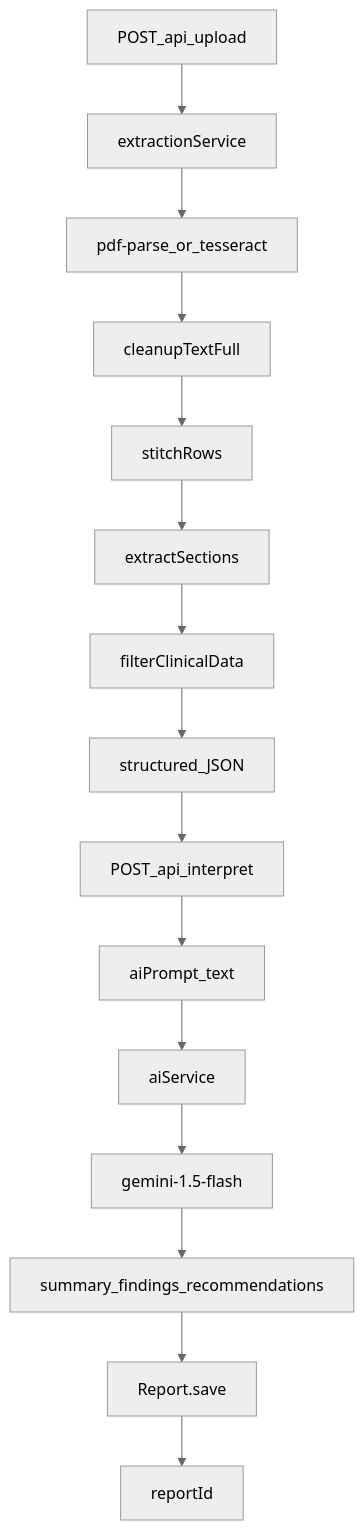
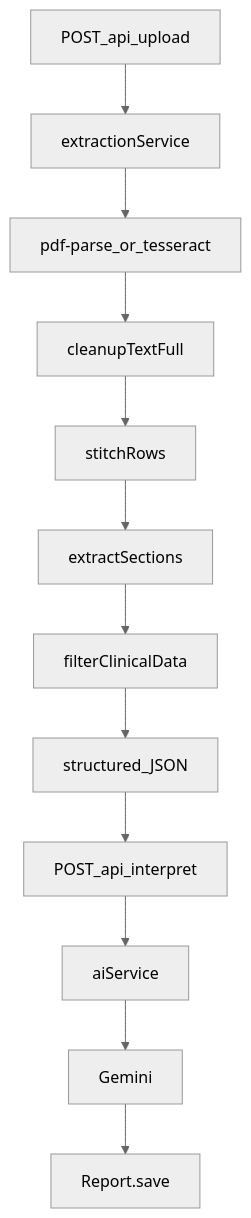
One commit to igaryanthakur/HealthLens changed the second of 2 diagrams in PROJECT_CONTEXT.md. Above: the diagram before and after it, drawn with Mermaid (neutral theme). The commit also changed other lines of this file and 35 other files, not shown here.

````diff
--- a/PROJECT_CONTEXT.md
+++ b/PROJECT_CONTEXT.md
@@ -87,17 +126,14 @@
 ```mermaid
 flowchart TD
   upload[POST_api_upload] --> extract[extractionService]
   extract --> pdf[pdf-parse_or_tesseract]
   pdf --> cleanup[cleanupTextFull]
   cleanup --> stitch[stitchRows]
   stitch --> sections[extractSections]
   sections --> filter[filterClinicalData]
   filter --> structured[structured_JSON]
   structured --> interpret[POST_api_interpret]
-  interpret --> aiPrompt[aiPrompt_text]
-  aiPrompt --> aiService[aiService]
-  aiService --> gemini[gemini-1.5-flash]
-  gemini --> data[summary_findings_recommendations]
-  data --> reportSave[Report.save]
-  reportSave --> reportId[reportId]
+  interpret --> aiService[aiService]
+  aiService --> gemini[Gemini]
+  gemini --> reportSave[Report.save]
 ```
````
